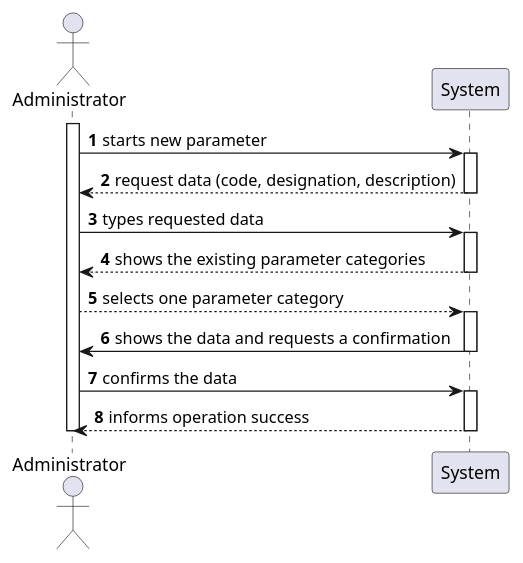
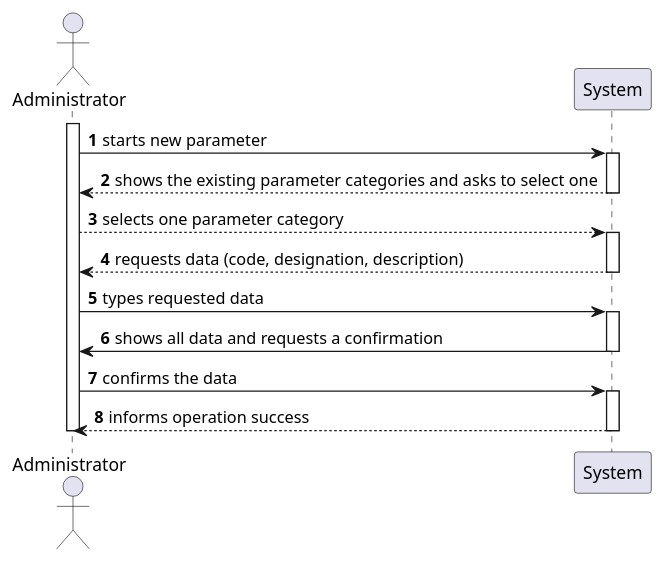
The diagram in docs/SprintB/US10/US10-SSD.puml (0franciscor/lei-21-s2-1de-g19), drawn with PlantUML before and after one commit. The commit also changed 3 other files, not shown here.

```diff
--- a/docs/SprintB/US10/US10-SSD.puml
+++ b/docs/SprintB/US10/US10-SSD.puml
@@ -1,20 +1,20 @@
 @startuml
 'https://plantuml.com/sequence-diagram
 
 autonumber
 
 actor Administrator as ADM
 activate ADM
 
 ADM -> System ++: starts new parameter
-System --> ADM --: request data (code, designation, description)
+System --> ADM --: shows the existing parameter categories and asks to select one
+ADM --> System ++: selects one parameter category
+System --> ADM --: requests data (code, designation, description)
 ADM -> System ++: types requested data
-System --> ADM --: shows the existing parameter categories
-ADM --> System ++: selects one parameter category
-System -> ADM --: shows the data and requests a confirmation
+System -> ADM --: shows all data and requests a confirmation
 ADM -> System ++: confirms the data
 System --> ADM --: informs operation success
 
 deactivate ADM
 
 @enduml
```
